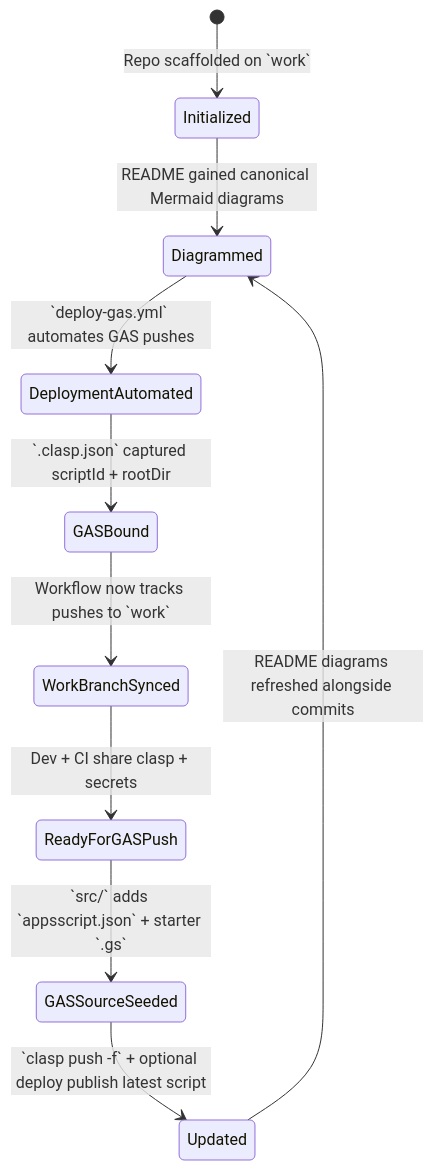
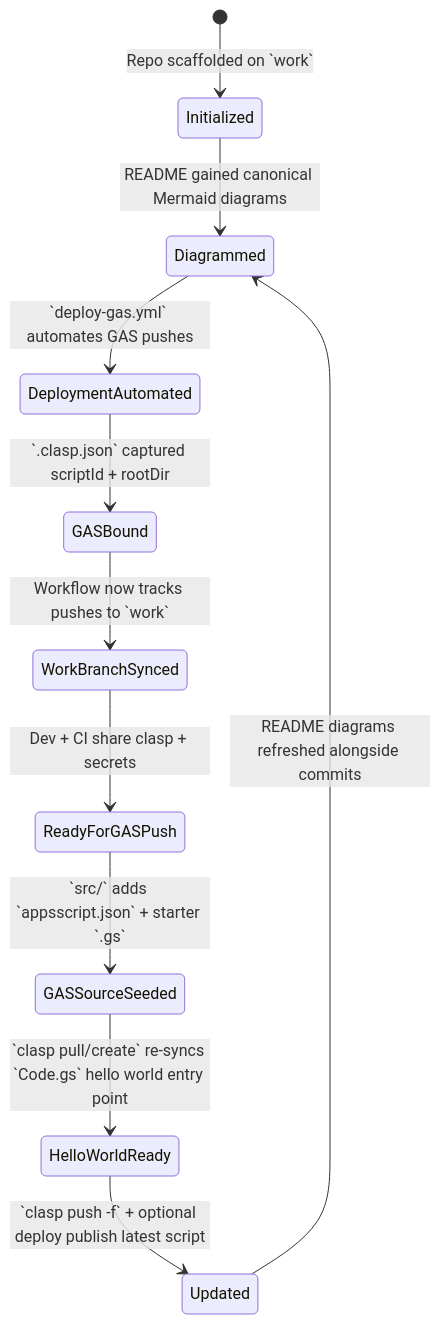
The second of 5 diagrams in README.md (muyueh/test-clasp), drawn with Mermaid before and after one commit. The commit also changed other lines of this file and 2 other files, not shown here.

Commit message:
feat: sync src with clasp hello world

````diff
--- a/README.md
+++ b/README.md
@@ -31,12 +32,13 @@
 ```mermaid
 stateDiagram-v2
     [*] --> Initialized: Repo scaffolded on `work`
     Initialized --> Diagrammed: README gained canonical Mermaid diagrams
     Diagrammed --> DeploymentAutomated: `deploy-gas.yml` automates GAS pushes
     DeploymentAutomated --> GASBound: `.clasp.json` captured scriptId + rootDir
     GASBound --> WorkBranchSynced: Workflow now tracks pushes to `work`
     WorkBranchSynced --> ReadyForGASPush: Dev + CI share clasp + secrets
     ReadyForGASPush --> GASSourceSeeded: `src/` adds `appsscript.json` + starter `.gs`
-    GASSourceSeeded --> Updated: `clasp push -f` + optional deploy publish latest script
+    GASSourceSeeded --> HelloWorldReady: `clasp pull/create` re-syncs `Code.gs` hello world entry point
+    HelloWorldReady --> Updated: `clasp push -f` + optional deploy publish latest script
     Updated --> Diagrammed: README diagrams refreshed alongside commits
 ```
````
